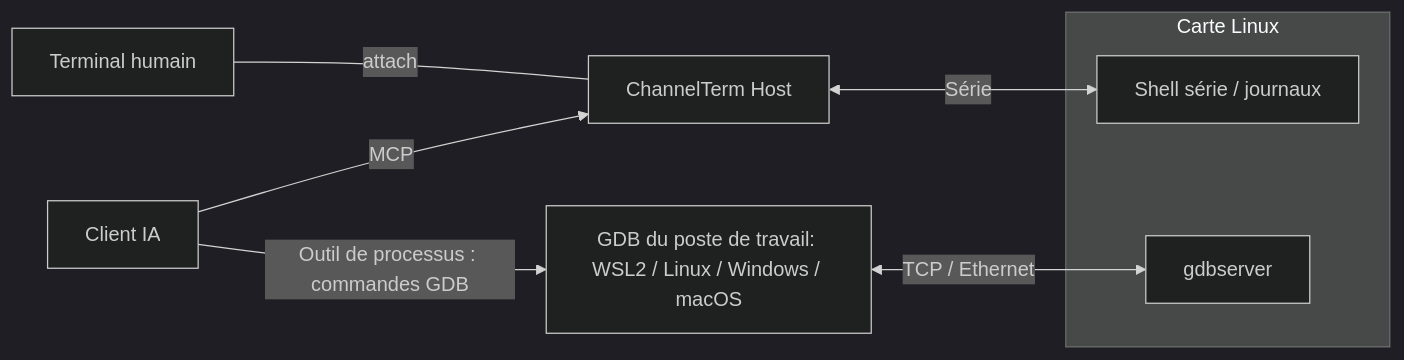
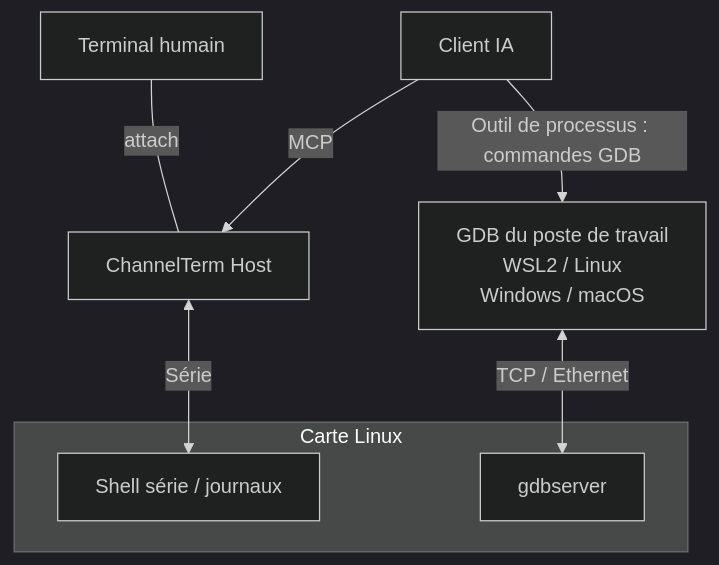
One commit to akira-init1/ChannelTerm changed the third of 3 diagrams in README.fr.md. Above: the diagram before and after it, drawn with Mermaid (dark theme). The commit also changed other lines of this file and 13 other files, not shown here.

First line of the commit message:
docs(diagrams): clarify shared terminal and debugger data flows

````diff
--- a/README.fr.md
+++ b/README.fr.md
@@ -305,16 +309,16 @@
 ```mermaid
-flowchart LR
+flowchart TB
     AI["Client IA"]
     Human["Terminal humain"]
     Host["ChannelTerm Host"]
-    GDB["GDB du poste de travail: WSL2 / Linux / Windows / macOS"]
+    GDB["GDB du poste de travail<br/>WSL2 / Linux<br/>Windows / macOS"]
     subgraph Board["Carte Linux"]
         Console["Shell série / journaux"]
         Server["gdbserver"]
     end
     Human ---|"attach"| Host
     AI -->|"MCP"| Host
     AI -->|"Outil de processus : commandes GDB"| GDB
     Host <-->|"Série"| Console
     GDB <-->|"TCP / Ethernet"| Server
 ```
````
